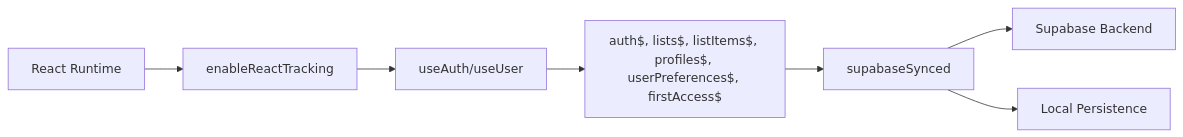
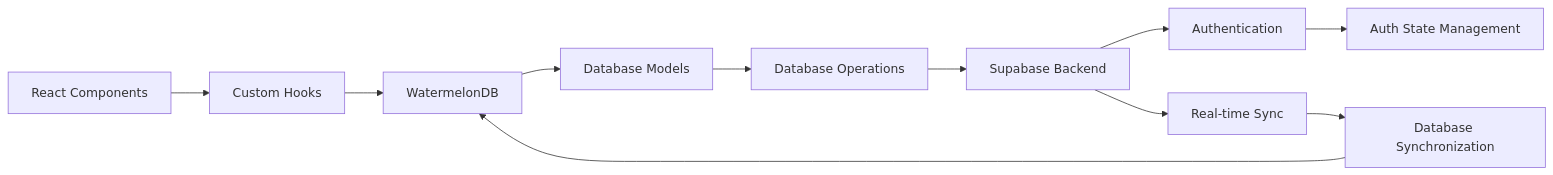
One commit to karllasouzza/PowerLists changed the seventh of 7 diagrams in .qoder/repowiki/en/content/State Management Architecture/LegendAppState Core System.md. Above: the diagram before and after it, drawn with Mermaid. The commit also changed other lines of this file and 5 other files, not shown here.

First line of the commit message:
docs(database): add comprehensive WatermelonDB integration and migrate state management

````diff
--- a/.qoder/repowiki/en/content/State Management Architecture/LegendAppState Core System.md
+++ b/.qoder/repowiki/en/content/State Management Architecture/LegendAppState Core System.md
@@ -309,9 +393,13 @@
 ```mermaid
 graph LR
-React["React Runtime"] --> Tracking["enableReactTracking"]
-Tracking --> Hooks["useAuth/useUser"]
-Hooks --> States["auth$, lists$, listItems$, profiles$, userPreferences$, firstAccess$"]
-States --> Synced["supabaseSynced"]
-Synced --> Supabase["Supabase Backend"]
-Synced --> MMKV["Local Persistence"]
+React["React Components"] --> Hooks["Custom Hooks"]
+Hooks --> WatermelonDB["WatermelonDB"]
+WatermelonDB --> Models["Database Models"]
+Models --> Operations["Database Operations"]
+Operations --> Supabase["Supabase Backend"]
+Supabase --> Auth["Authentication"]
+Supabase --> Sync["Real-time Sync"]
+Auth --> AuthState["Auth State Management"]
+Sync --> DatabaseSync["Database Synchronization"]
+DatabaseSync --> WatermelonDB
 ```
````
